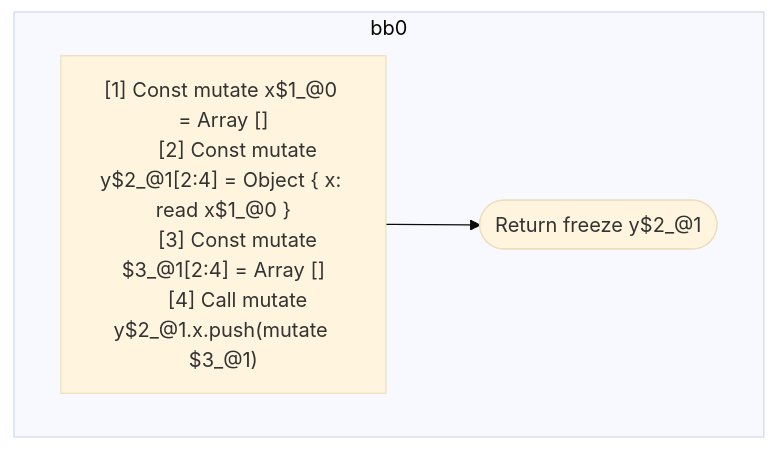
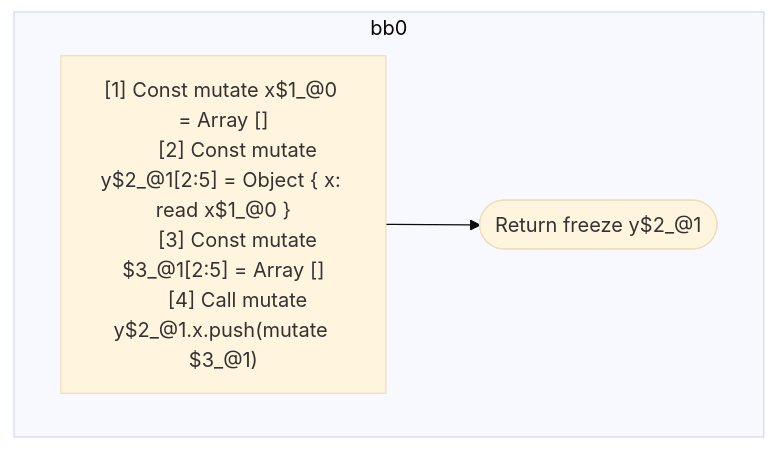
Before and after one commit to wutsmog/private: the diagram in compiler/forget/src/__tests__/fixtures/hir/ssa-property-call.expect.md, drawn with Mermaid (base theme). The commit also changed other lines of this file and 45 other files, not shown here.

````diff
--- a/compiler/forget/src/__tests__/fixtures/hir/ssa-property-call.expect.md
+++ b/compiler/forget/src/__tests__/fixtures/hir/ssa-property-call.expect.md
@@ -27,16 +27,16 @@
 ```mermaid
 flowchart TB
   %% Basic Blocks
   subgraph bb0
     bb0_instrs["
       [1] Const mutate x$1_@0 = Array []
-      [2] Const mutate y$2_@1[2:4] = Object { x: read x$1_@0 }
-      [3] Const mutate $3_@1[2:4] = Array []
+      [2] Const mutate y$2_@1[2:5] = Object { x: read x$1_@0 }
+      [3] Const mutate $3_@1[2:5] = Array []
       [4] Call mutate y$2_@1.x.push(mutate $3_@1)
     "]
     bb0_instrs --> bb0_terminal(["Return freeze y$2_@1"])
   end
 
   %% Jumps
   %% empty
 ```
````
